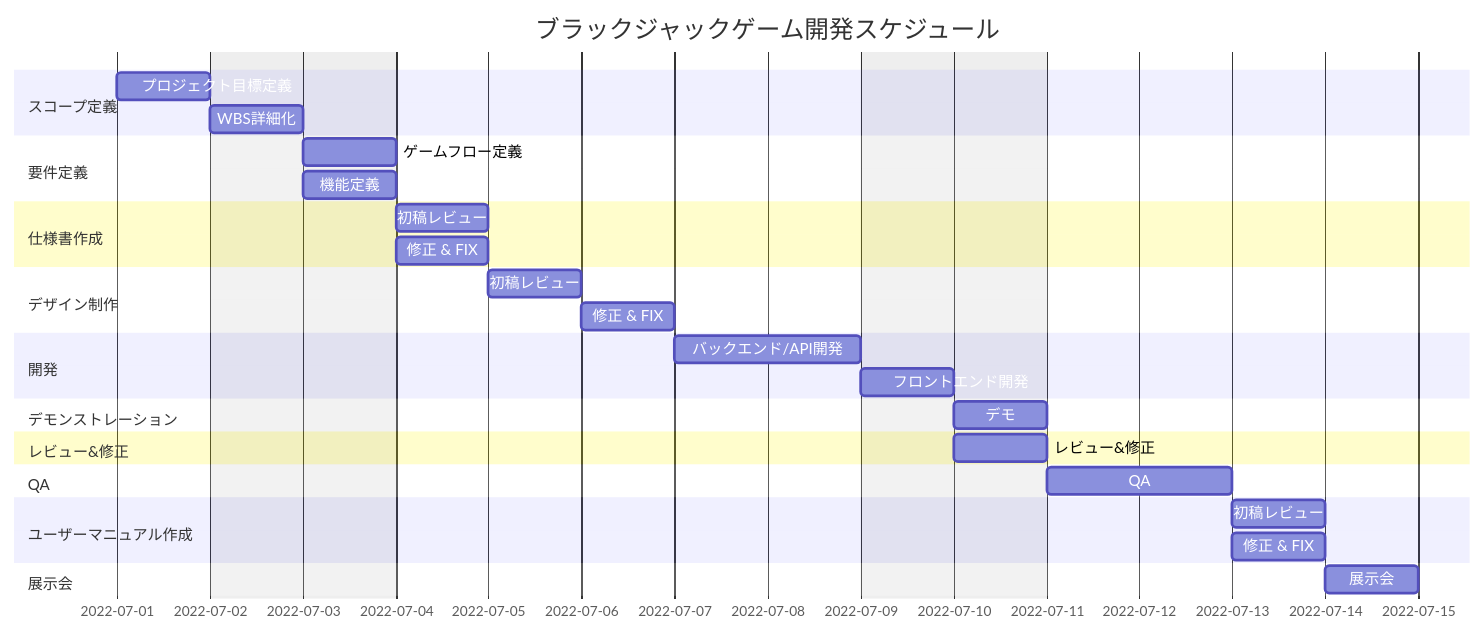
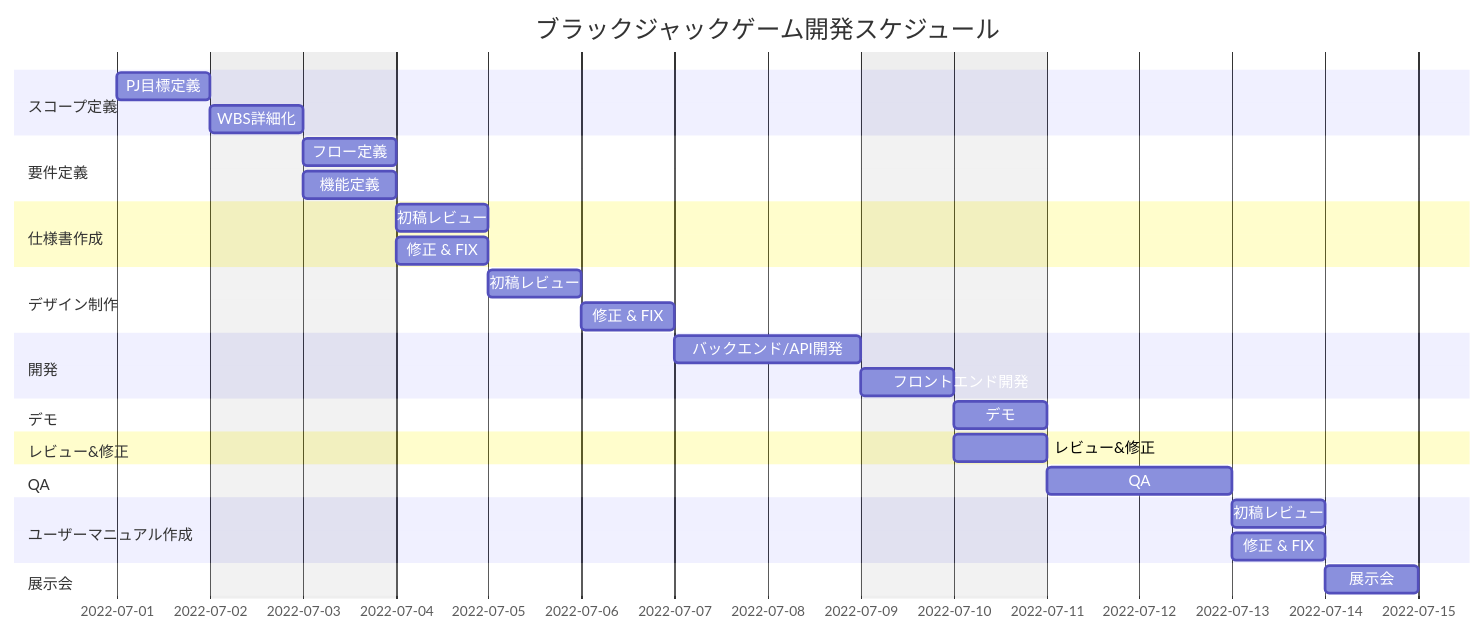
Before and after one commit to yudai1204/imagefiles: the diagram in test.md, drawn with Mermaid.

````diff
--- a/test.md
+++ b/test.md
@@ -1,42 +1,42 @@
 ```mermaid
 gantt
 dateFormat  YYYY-MM-DD
 title       ブラックジャックゲーム開発スケジュール
 excludes    weekends
 
 section スコープ定義
-  プロジェクト目標定義 :a1, 2022-07-01, 1d
+  PJ目標定義 :a1, 2022-07-01, 1d
   WBS詳細化         :b1, 2022-07-02, 1d
 
 section 要件定義
-  ゲームフロー定義 :c1, 2022-07-03, 1d
+  フロー定義 :c1, 2022-07-03, 1d
   機能定義         :c2, 2022-07-03, 1d
 
 section 仕様書作成
   初稿レビュー :d1, 2022-07-04, 1d
   修正 & FIX     :d2, 2022-07-04, 1d
 
 section デザイン制作
   初稿レビュー :e1, 2022-07-05, 1d
   修正 & FIX     :e2, 2022-07-06, 1d
 
 section 開発
   バックエンド/API開発 :f1, 2022-07-07, 2d
   フロントエンド開発     :f2, 2022-07-09, 1d
 
-section デモンストレーション
+section デモ
   デモ :g1, 2022-07-10, 1d
 
 section レビュー&修正
   レビュー&修正 :h1, 2022-07-10, 1d
 
 section QA
   QA :i1, 2022-07-11, 2d
 
 section ユーザーマニュアル作成
   初稿レビュー :j1, 2022-07-13, 1d
   修正 & FIX     :j2, 2022-07-13, 1d
 
 section 展示会
   展示会 :k1, 2022-07-14, 1d
 ```
````
